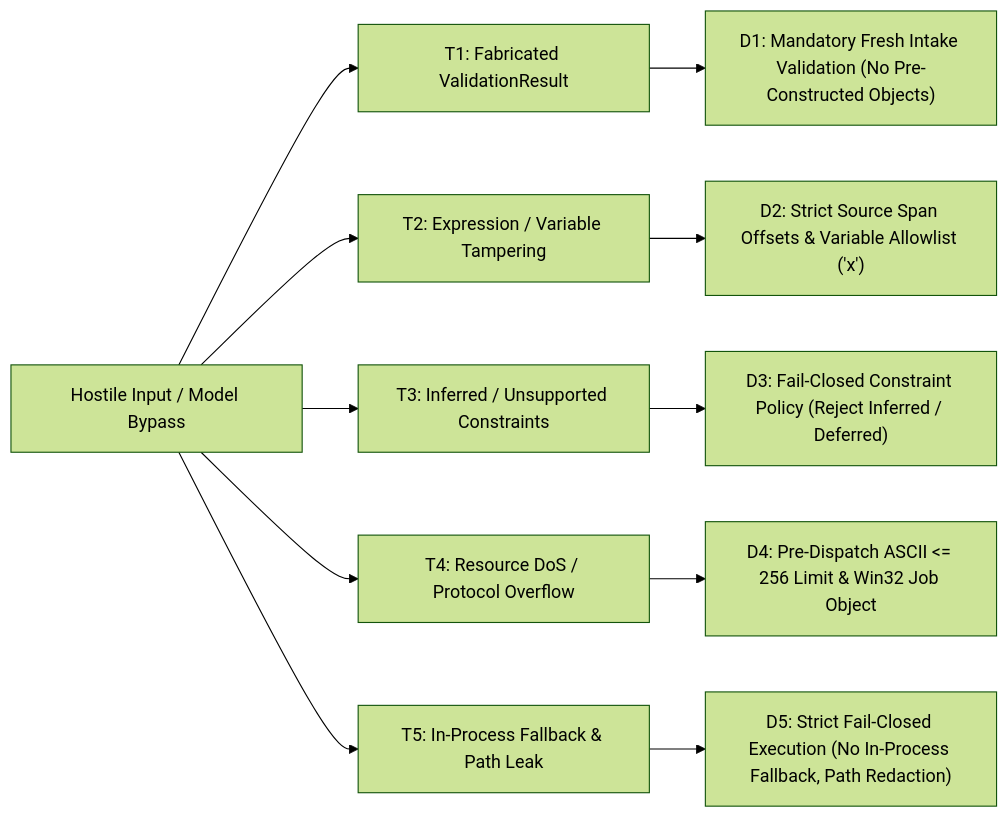
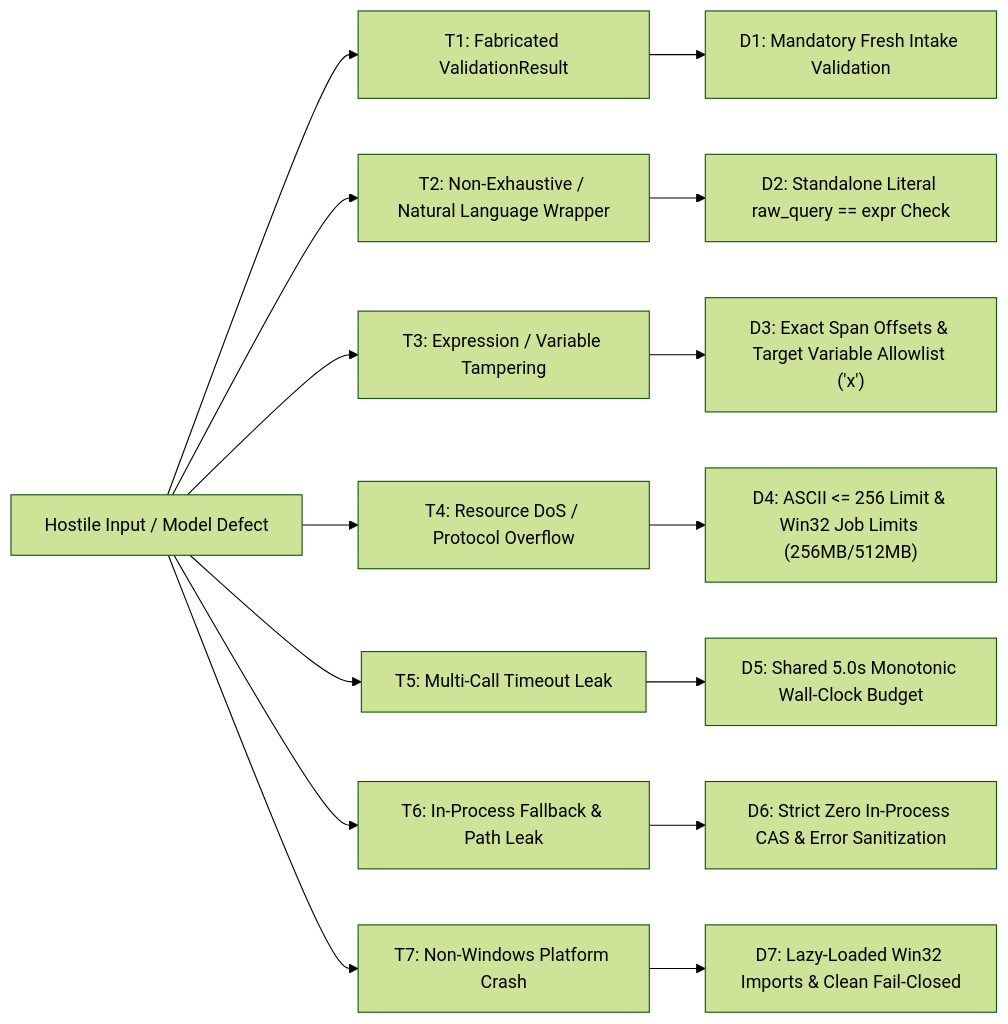
Before and after one commit to PhanHoangKe/math-knowledge-engine: the second of 3 diagrams in docs/architecture/P1C_04_A_CONTROLLED_DISPATCH_PREFLIGHT.md, drawn with Mermaid (forest theme). The commit also changed other lines of this file, not shown here.

Commit message:
docs(architecture): apply P1C-04-A-R2 corrections closing semantic exhaustiveness, proof model, locked containment, and public result gaps

````diff
--- a/docs/architecture/P1C_04_A_CONTROLLED_DISPATCH_PREFLIGHT.md
+++ b/docs/architecture/P1C_04_A_CONTROLLED_DISPATCH_PREFLIGHT.md
@@ -154,14 +175,18 @@
 ```mermaid
 flowchart LR
-    Attacker["Hostile Input / Model Bypass"] --> T1["T1: Fabricated ValidationResult"]
-    Attacker --> T2["T2: Expression / Variable Tampering"]
-    Attacker --> T3["T3: Inferred / Unsupported Constraints"]
+    Attacker["Hostile Input / Model Defect"] --> T1["T1: Fabricated ValidationResult"]
+    Attacker --> T2["T2: Non-Exhaustive / Natural Language Wrapper"]
+    Attacker --> T3["T3: Expression / Variable Tampering"]
     Attacker --> T4["T4: Resource DoS / Protocol Overflow"]
-    Attacker --> T5["T5: In-Process Fallback & Path Leak"]
+    Attacker --> T5["T5: Multi-Call Timeout Leak"]
+    Attacker --> T6["T6: In-Process Fallback & Path Leak"]
+    Attacker --> T7["T7: Non-Windows Platform Crash"]
 
-    T1 --> D1["D1: Mandatory Fresh Intake Validation (No Pre-Constructed Objects)"]
-    T2 --> D2["D2: Strict Source Span Offsets & Variable Allowlist ('x')"]
-    T3 --> D3["D3: Fail-Closed Constraint Policy (Reject Inferred / Deferred)"]
-    T4 --> D4["D4: Pre-Dispatch ASCII <= 256 Limit & Win32 Job Object"]
-    T5 --> D5["D5: Strict Fail-Closed Execution (No In-Process Fallback, Path Redaction)"]
+    T1 --> D1["D1: Mandatory Fresh Intake Validation"]
+    T2 --> D2["D2: Standalone Literal raw_query == expr Check"]
+    T3 --> D3["D3: Exact Span Offsets & Target Variable Allowlist ('x')"]
+    T4 --> D4["D4: ASCII <= 256 Limit & Win32 Job Limits (256MB/512MB)"]
+    T5 --> D5["D5: Shared 5.0s Monotonic Wall-Clock Budget"]
+    T6 --> D6["D6: Strict Zero In-Process CAS & Error Sanitization"]
+    T7 --> D7["D7: Lazy-Loaded Win32 Imports & Clean Fail-Closed"]
 ```
````
